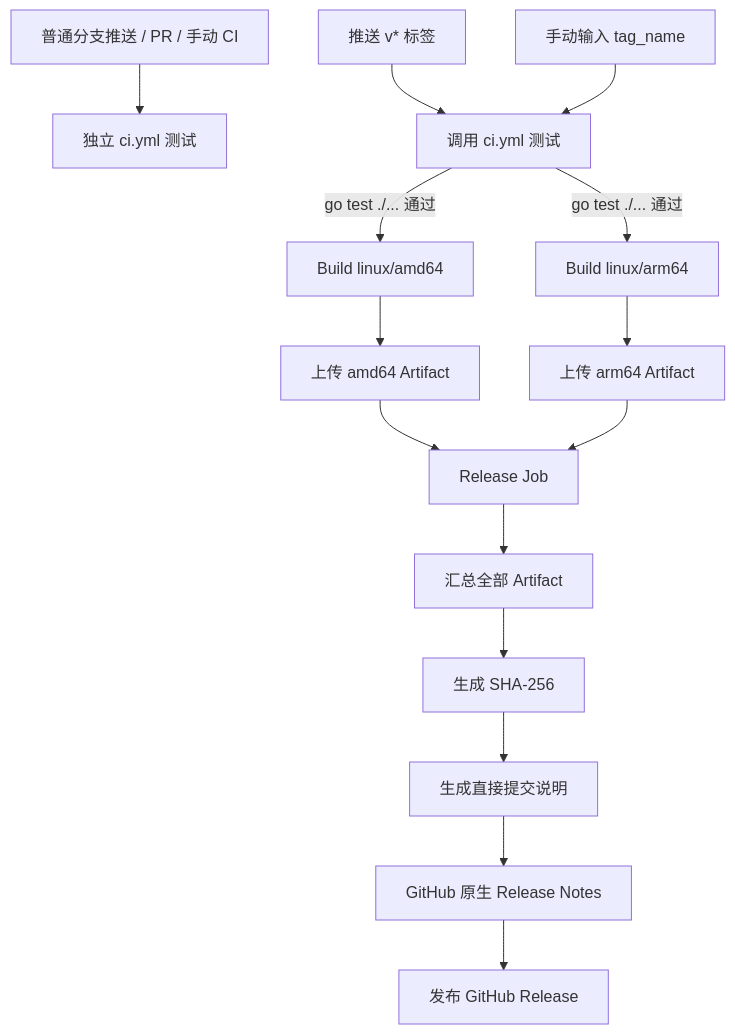
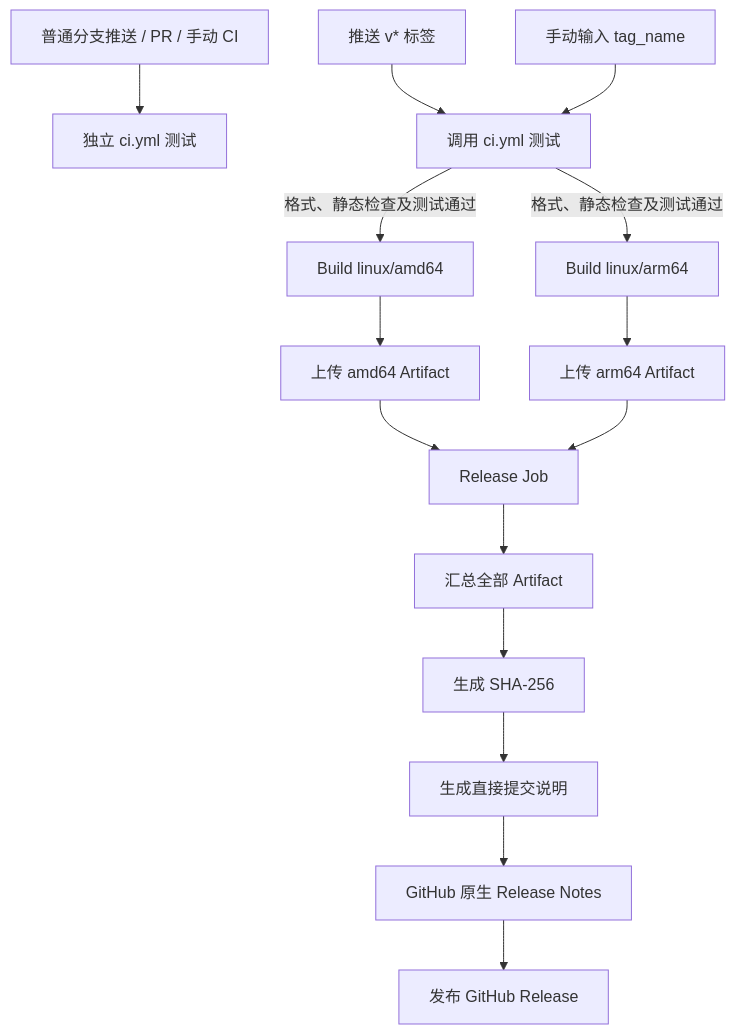
Before and after one commit to Snail-one/ServerTool: the diagram in docs/CICD_STANDARD.md, drawn with Mermaid. The commit also changed other lines of this file and 25 other files, not shown here.

````diff
--- a/docs/CICD_STANDARD.md
+++ b/docs/CICD_STANDARD.md
@@ -35,17 +35,17 @@
 ```mermaid
 flowchart TD
     D[普通分支推送 / PR / 手动 CI] --> C0[独立 ci.yml 测试]
     A[推送 v* 标签] --> T[调用 ci.yml 测试]
     M[手动输入 tag_name] --> T
-    T -->|go test ./... 通过| B1[Build linux/amd64]
-    T -->|go test ./... 通过| B2[Build linux/arm64]
+    T -->|格式、静态检查及测试通过| B1[Build linux/amd64]
+    T -->|格式、静态检查及测试通过| B2[Build linux/arm64]
     B1 --> U1[上传 amd64 Artifact]
     B2 --> U2[上传 arm64 Artifact]
     U1 --> R[Release Job]
     U2 --> R
     R --> C[汇总全部 Artifact]
     C --> S[生成 SHA-256]
     S --> N[生成直接提交说明]
     N --> P[GitHub 原生 Release Notes]
     P --> G[发布 GitHub Release]
 ```
````
